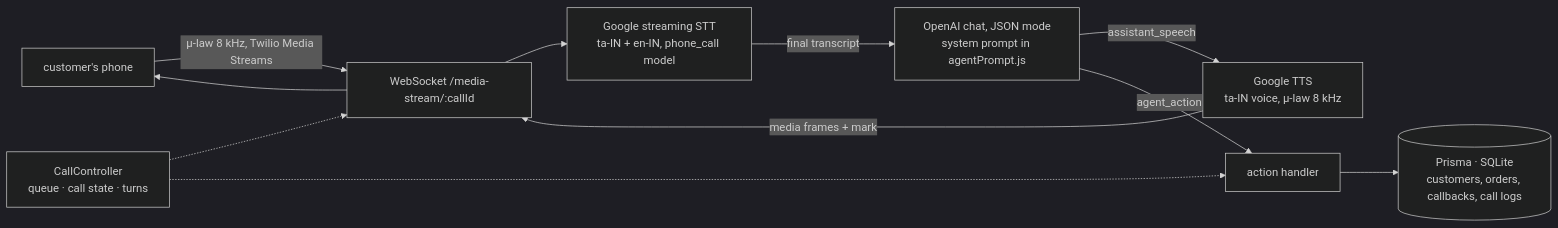
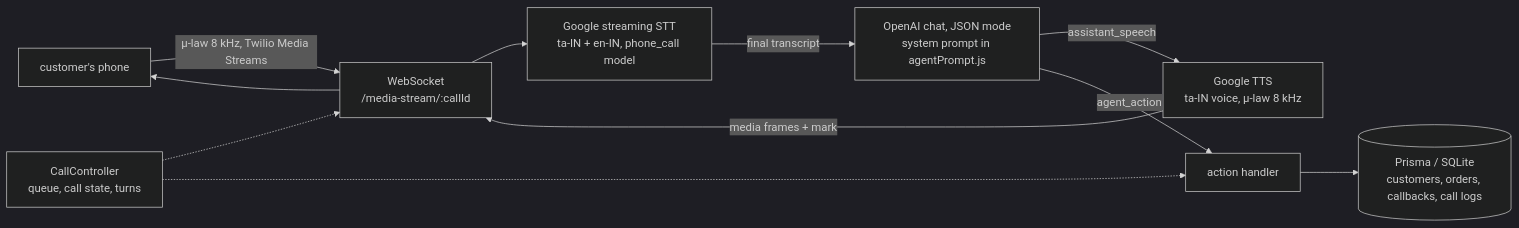
One commit to dakshinsiva/pharma-bot changed the diagram in README.md. Above: the diagram before and after it, drawn with Mermaid (dark theme). The commit also changed other lines of this file, not shown here.

First line of the commit message:
README: quote diagram labels so GitHub's mermaid renders; drop Limitations section

````diff
--- a/README.md
+++ b/README.md
@@ -64,13 +64,13 @@
 ```mermaid
 flowchart LR
-    P[customer's phone] -->|μ-law 8 kHz, Twilio Media Streams| WS[WebSocket /media-stream/:callId]
-    WS --> STT[Google streaming STT\nta-IN + en-IN, phone_call model]
-    STT -->|final transcript| LLM[OpenAI chat, JSON mode\nsystem prompt in agentPrompt.js]
-    LLM -->|assistant_speech| TTS[Google TTS\nta-IN voice, μ-law 8 kHz]
-    LLM -->|agent_action| ACT[action handler]
-    ACT --> DB[(Prisma · SQLite\ncustomers, orders, callbacks, call logs)]
-    TTS -->|media frames + mark| WS
+    P["customer's phone"] -->|"μ-law 8 kHz, Twilio Media Streams"| WS["WebSocket<br/>/media-stream/:callId"]
+    WS --> STT["Google streaming STT<br/>ta-IN + en-IN, phone_call model"]
+    STT -->|"final transcript"| LLM["OpenAI chat, JSON mode<br/>system prompt in agentPrompt.js"]
+    LLM -->|"assistant_speech"| TTS["Google TTS<br/>ta-IN voice, μ-law 8 kHz"]
+    LLM -->|"agent_action"| ACT["action handler"]
+    ACT --> DB[("Prisma / SQLite<br/>customers, orders, callbacks, call logs")]
+    TTS -->|"media frames + mark"| WS
     WS --> P
-    CC[CallController\nqueue · call state · turns] -.-> WS
+    CC["CallController<br/>queue, call state, turns"] -.-> WS
     CC -.-> ACT
 ```
````
